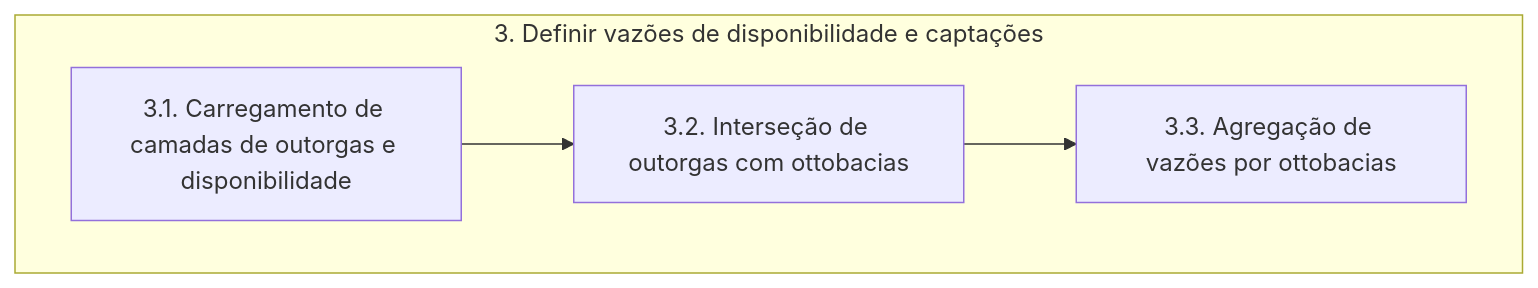
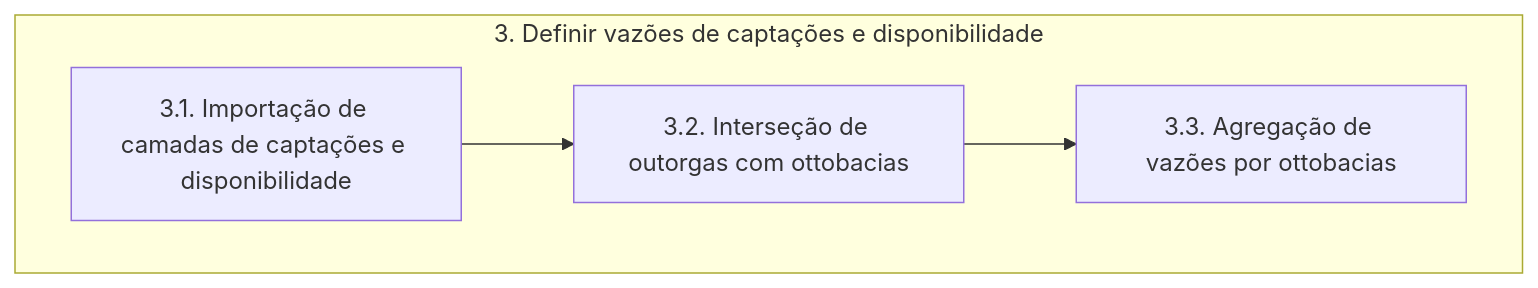
The fourth of 6 diagrams in pyqgis/documentacao.md (brunoguterres/ParaibaHidroGIS), drawn with Mermaid before and after one commit. The commit also changed other lines of this file and 5 other files, not shown here.

````diff
--- a/pyqgis/documentacao.md
+++ b/pyqgis/documentacao.md
@@ -189,8 +187,8 @@
 ```mermaid
     flowchart TD
-    subgraph A[3. Definir vazões de disponibilidade e captações]
-        B[3.1. Carregamento de camadas de outorgas e disponibilidade]
-        B --> D[3.2. Interseção de outorgas com ottobacias]
-        D --> E[3.3. Agregação de vazões por ottobacias]
+    subgraph A[3. Definir vazões de captações e disponibilidade]
+        B[3.1. Importação de camadas de captações e disponibilidade]
+        B --> C[3.2. Interseção de outorgas com ottobacias]
+        C --> D[3.3. Agregação de vazões por ottobacias]
     end
 ```
````
